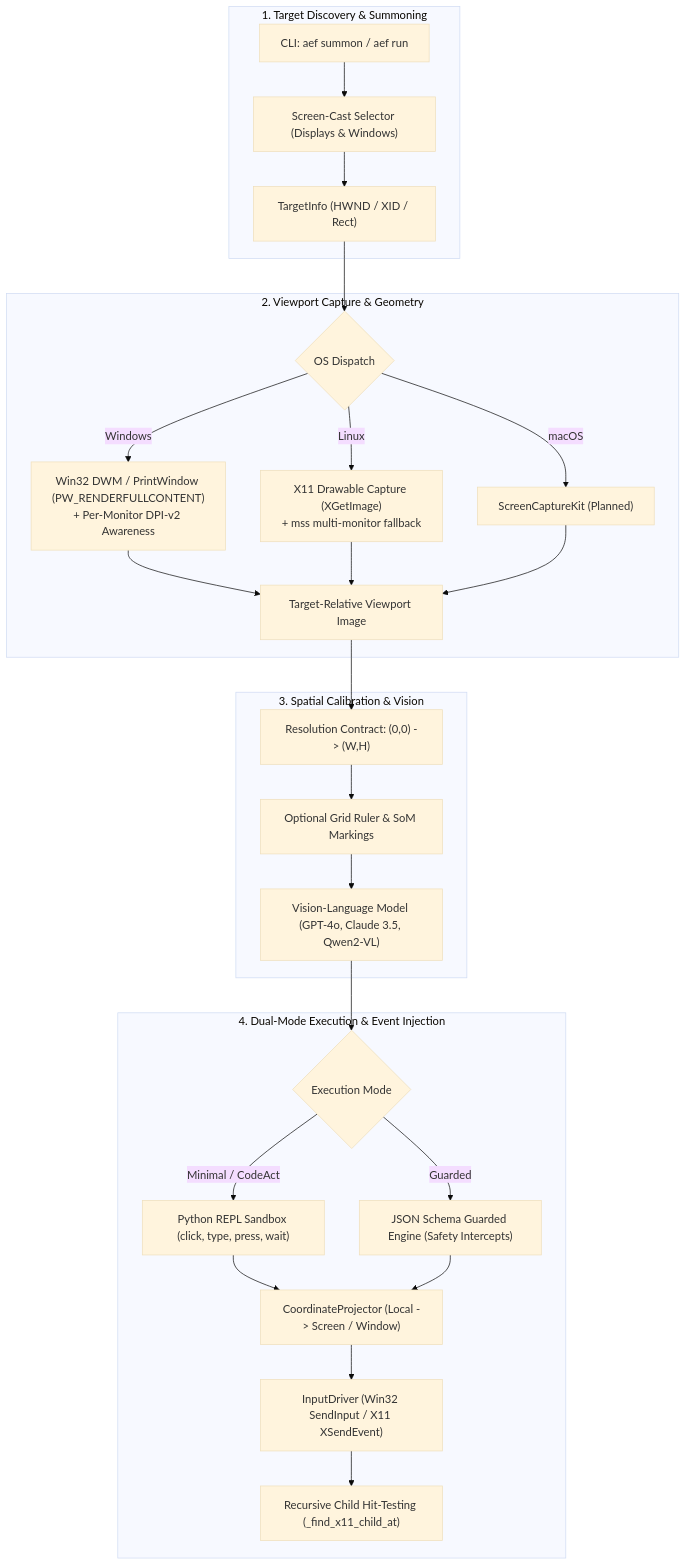
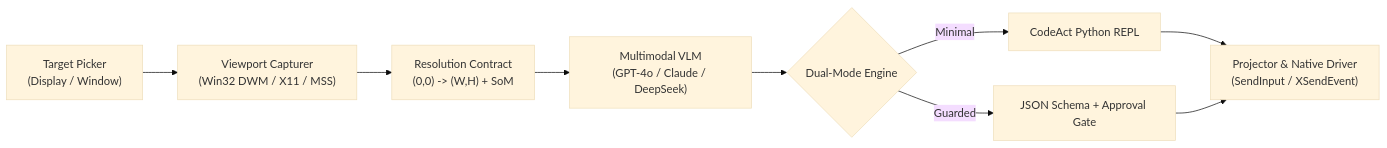
The diagram in README.md (mcocdaa/AgentEverywhereFlow), drawn with Mermaid (base theme) before and after one commit. The commit also changed other lines of this file and 1 other file, not shown here.

````diff
--- a/README.md
+++ b/README.md
@@ -69,33 +124,11 @@
 ```mermaid
-flowchart TD
-    subgraph UI["1. Target Discovery & Summoning"]
-        CLI["CLI: aef summon / aef run"] --> Selector["Screen-Cast Selector (Displays & Windows)"]
-        Selector --> Target["TargetInfo (HWND / XID / Rect)"]
-    end
-
-    subgraph Perception["2. Viewport Capture & Geometry"]
-        Target --> CapturerRouter{"OS Dispatch"}
-        CapturerRouter -->|Windows| WinCap["Win32 DWM / PrintWindow (PW_RENDERFULLCONTENT)<br/>+ Per-Monitor DPI-v2 Awareness"]
-        CapturerRouter -->|Linux| LinCap["X11 Drawable Capture (XGetImage)<br/>+ mss multi-monitor fallback"]
-        CapturerRouter -->|macOS| MacCap["ScreenCaptureKit (Planned)"]
-        WinCap --> ViewportImg["Target-Relative Viewport Image"]
-        LinCap --> ViewportImg
-        MacCap --> ViewportImg
-    end
-
-    subgraph Calibration["3. Spatial Calibration & Vision"]
-        ViewportImg --> Calib["Resolution Contract: (0,0) -> (W,H)"]
-        Calib --> Grid["Optional Grid Ruler & SoM Markings"]
-        Grid --> VLM["Vision-Language Model (GPT-4o, Claude 3.5, Qwen2-VL)"]
-    end
-
-    subgraph Execution["4. Dual-Mode Execution & Event Injection"]
-        VLM --> Router{"Execution Mode"}
-        Router -->|Minimal / CodeAct| REPL["Python REPL Sandbox (click, type, press, wait)"]
-        Router -->|Guarded| GuardedEngine["JSON Schema Guarded Engine (Safety Intercepts)"]
-        REPL --> Projector["CoordinateProjector (Local -> Screen / Window)"]
-        GuardedEngine --> Projector
-        Projector --> Driver["InputDriver (Win32 SendInput / X11 XSendEvent)"]
-        Driver --> HitTest["Recursive Child Hit-Testing (_find_x11_child_at)"]
-    end
+flowchart LR
+    Target["Target Picker<br/>(Display / Window)"] --> Capture["Viewport Capturer<br/>(Win32 DWM / X11 / MSS)"]
+    Capture --> Calib["Resolution Contract<br/>(0,0) -> (W,H) + SoM"]
+    Calib --> VLM["Multimodal VLM<br/>(GPT-4o / Claude / DeepSeek)"]
+    VLM --> Engine{"Dual-Mode Engine"}
+    Engine -->|Minimal| REPL["CodeAct Python REPL"]
+    Engine -->|Guarded| Guard["JSON Schema + Approval Gate"]
+    REPL --> Driver["Projector & Native Driver<br/>(SendInput / XSendEvent)"]
+    Guard --> Driver
 ```
````
